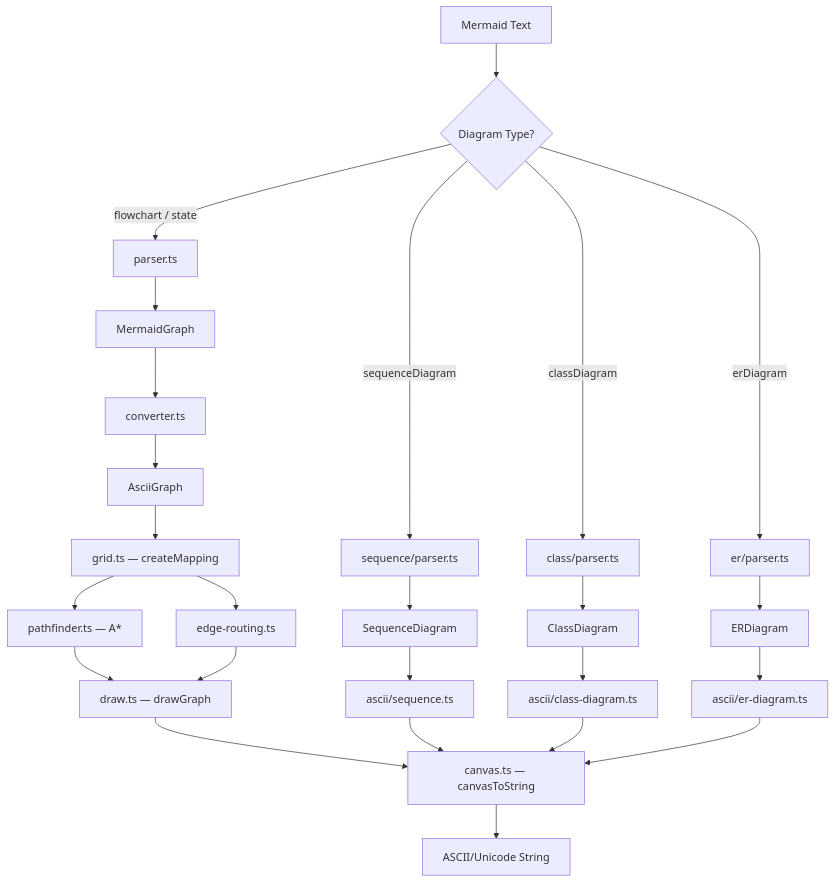
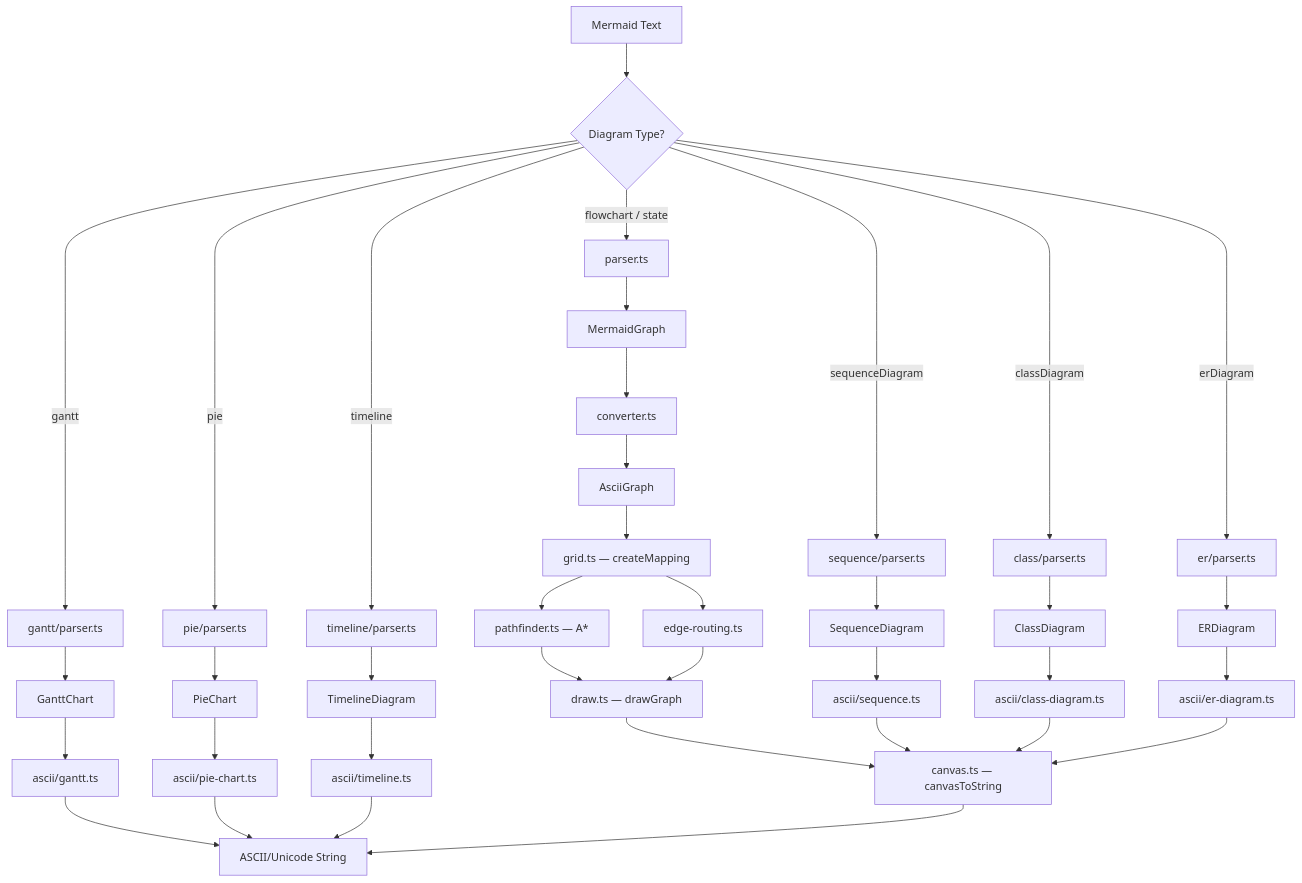
The first of 11 diagrams in docs/rendering-pipeline.md (yassin2dev/ascii-mermaid), drawn with Mermaid before and after one commit. The commit also changed other lines of this file and 9 other files, not shown here.

````diff
--- a/docs/rendering-pipeline.md
+++ b/docs/rendering-pipeline.md
@@ -7,32 +7,47 @@
 ```mermaid
 flowchart TD
     A[Mermaid Text] --> B{Diagram Type?}
     B -->|flowchart / state| C[parser.ts]
     B -->|sequenceDiagram| D[sequence/parser.ts]
     B -->|classDiagram| E[class/parser.ts]
     B -->|erDiagram| F[er/parser.ts]
+    B -->|gantt| G2[gantt/parser.ts]
+    B -->|pie| H2[pie/parser.ts]
+    B -->|timeline| I2[timeline/parser.ts]
 
     C --> G[MermaidGraph]
     G --> H[converter.ts]
     H --> I[AsciiGraph]
     I --> J[grid.ts — createMapping]
     J --> K[pathfinder.ts — A*]
     J --> L[edge-routing.ts]
     K --> M[draw.ts — drawGraph]
     L --> M
     M --> N[canvas.ts — canvasToString]
 
     D --> O[SequenceDiagram]
     O --> P[ascii/sequence.ts]
     P --> N
 
     E --> Q[ClassDiagram]
     Q --> R[ascii/class-diagram.ts]
     R --> N
 
     F --> S[ERDiagram]
     S --> T[ascii/er-diagram.ts]
     T --> N
 
+    G2 --> V[GanttChart]
+    V --> W[ascii/gantt.ts]
+    W --> U
+
+    H2 --> X[PieChart]
+    X --> Y[ascii/pie-chart.ts]
+    Y --> U
+
+    I2 --> Z[TimelineDiagram]
+    Z --> AA[ascii/timeline.ts]
+    AA --> U
+
     N --> U[ASCII/Unicode String]
 ```
````
